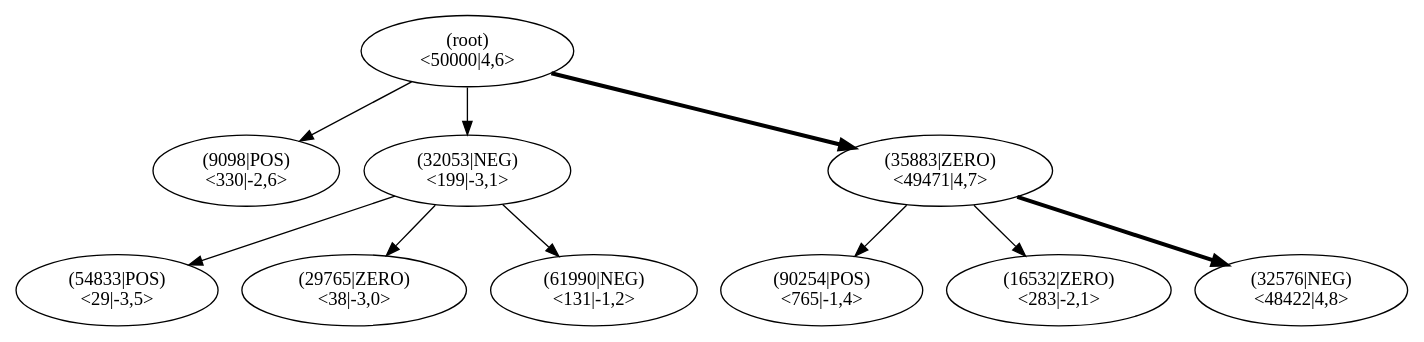
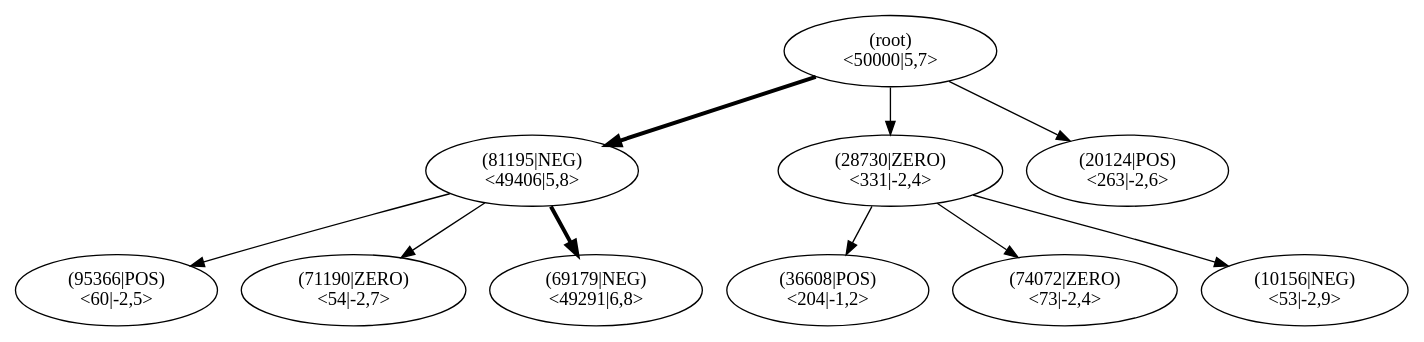
One commit to JonasHellgren/relexp-java changed the diagram in pictures/ch13/lane_test_mcts.dot. Above: the diagram before and after it, drawn with Graphviz. The commit also changed 25 other files, not shown here.

```diff
--- a/pictures/ch13/lane_test_mcts.dot
+++ b/pictures/ch13/lane_test_mcts.dot
@@ -1,32 +1,32 @@
 digraph MCTS {
 node [shape=ellipse];
 Nroot [label="(root)
-<50000|4,6>"];
-Nroot -> N9098[penwidth=1];
-N9098 [label="(9098|POS)
-<330|-2,6>"];
-Nroot -> N32053[penwidth=1];
-N32053 [label="(32053|NEG)
-<199|-3,1>"];
-N32053 -> N54833[penwidth=1];
-N54833 [label="(54833|POS)
-<29|-3,5>"];
-N32053 -> N29765[penwidth=1];
-N29765 [label="(29765|ZERO)
-<38|-3,0>"];
-N32053 -> N61990[penwidth=1];
-N61990 [label="(61990|NEG)
-<131|-1,2>"];
-Nroot -> N35883[penwidth=3];
-N35883 [label="(35883|ZERO)
-<49471|4,7>"];
-N35883 -> N90254[penwidth=1];
-N90254 [label="(90254|POS)
-<765|-1,4>"];
-N35883 -> N16532[penwidth=1];
-N16532 [label="(16532|ZERO)
-<283|-2,1>"];
-N35883 -> N32576[penwidth=3];
-N32576 [label="(32576|NEG)
-<48422|4,8>"];
+<50000|5,7>"];
+Nroot -> N81195[penwidth=3];
+N81195 [label="(81195|NEG)
+<49406|5,8>"];
+N81195 -> N95366[penwidth=1];
+N95366 [label="(95366|POS)
+<60|-2,5>"];
+N81195 -> N71190[penwidth=1];
+N71190 [label="(71190|ZERO)
+<54|-2,7>"];
+N81195 -> N69179[penwidth=3];
+N69179 [label="(69179|NEG)
+<49291|6,8>"];
+Nroot -> N28730[penwidth=1];
+N28730 [label="(28730|ZERO)
+<331|-2,4>"];
+N28730 -> N36608[penwidth=1];
+N36608 [label="(36608|POS)
+<204|-1,2>"];
+N28730 -> N74072[penwidth=1];
+N74072 [label="(74072|ZERO)
+<73|-2,4>"];
+N28730 -> N10156[penwidth=1];
+N10156 [label="(10156|NEG)
+<53|-2,9>"];
+Nroot -> N20124[penwidth=1];
+N20124 [label="(20124|POS)
+<263|-2,6>"];
 }
```
